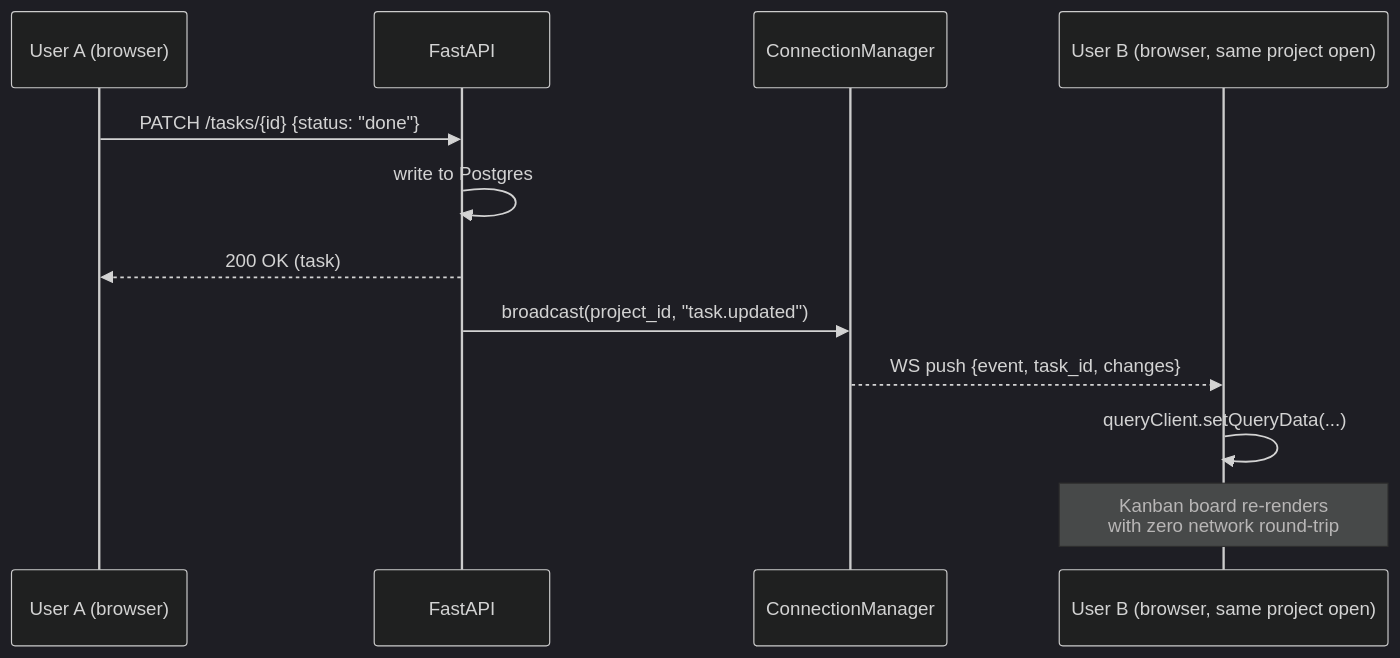
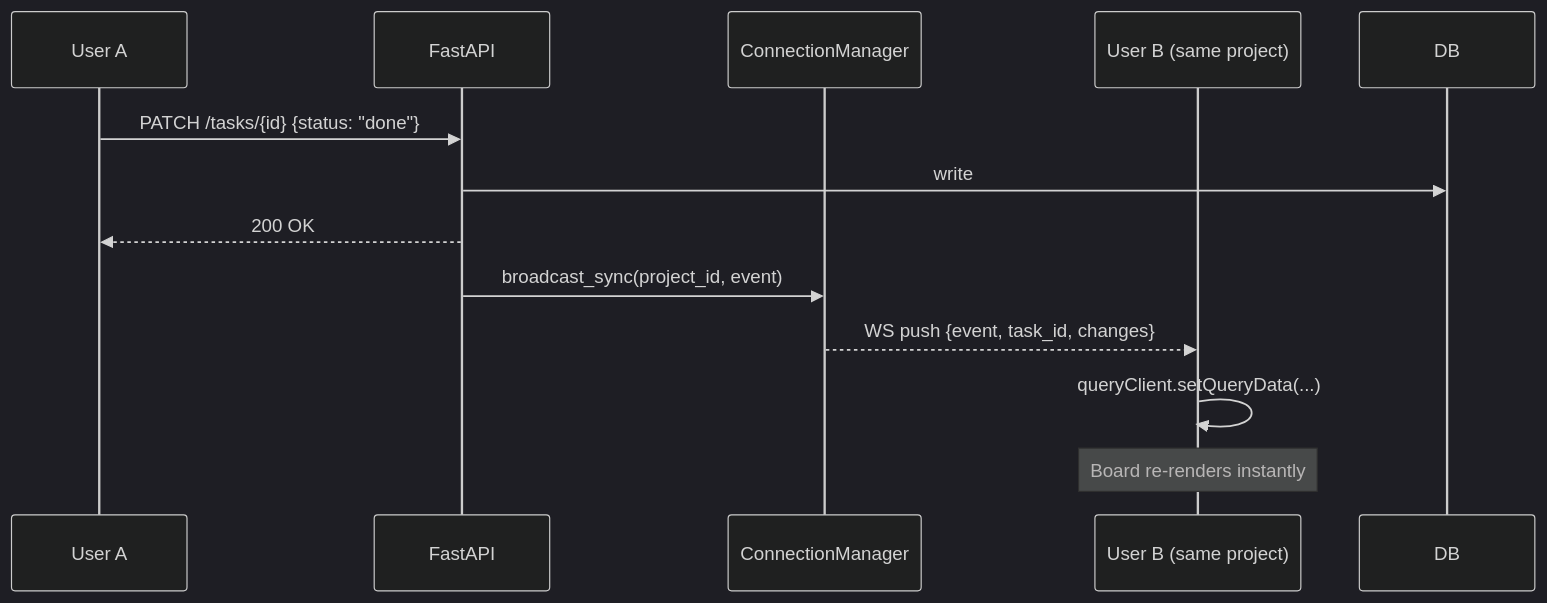
One commit to Aniket-BPHC/taskflow changed the second of 2 diagrams in README.md. Above: the diagram before and after it, drawn with Mermaid (dark theme). The commit also changed other lines of this file, not shown here.

Commit message:
Docs: rewrite README with live URLs and architecture detail

````diff
--- a/README.md
+++ b/README.md
@@ -64,15 +61,15 @@
 ```mermaid
 sequenceDiagram
-    participant A as User A (browser)
+    participant A as User A
     participant API as FastAPI
     participant CM as ConnectionManager
-    participant B as User B (browser, same project open)
+    participant B as User B (same project)
 
     A->>API: PATCH /tasks/{id} {status: "done"}
-    API->>API: write to Postgres
-    API-->>A: 200 OK (task)
-    API->>CM: broadcast(project_id, "task.updated")
+    API->>DB: write
+    API-->>A: 200 OK
+    API->>CM: broadcast_sync(project_id, event)
     CM-->>B: WS push {event, task_id, changes}
     B->>B: queryClient.setQueryData(...)
-    Note over B: Kanban board re-renders<br/>with zero network round-trip
+    Note over B: Board re-renders instantly
 ```
````
